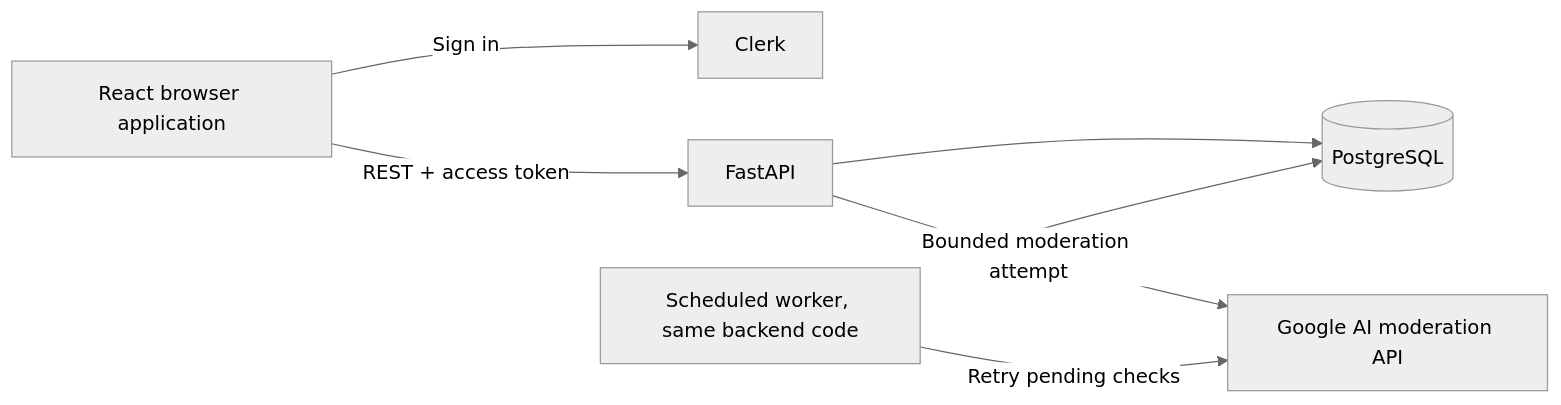
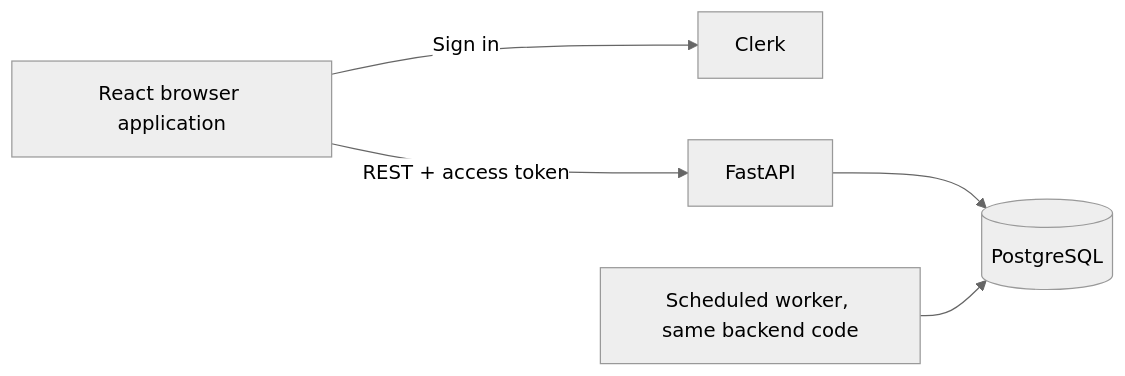
One commit to Jnuso/Rivock changed the diagram in docs/README.md. Above: the diagram before and after it, drawn with Mermaid (neutral theme). The commit also changed other lines of this file and 26 other files, not shown here.

````diff
--- a/docs/README.md
+++ b/docs/README.md
@@ -55,9 +55,7 @@
 ```mermaid
 flowchart LR
     Browser[React browser application] -->|Sign in| Clerk[Clerk]
     Browser -->|REST + access token| API[FastAPI]
     API --> DB[(PostgreSQL)]
-    API -->|Bounded moderation attempt| AI[Google AI moderation API]
     Worker[Scheduled worker, same backend code] --> DB
-    Worker -->|Retry pending checks| AI
 ```
````
